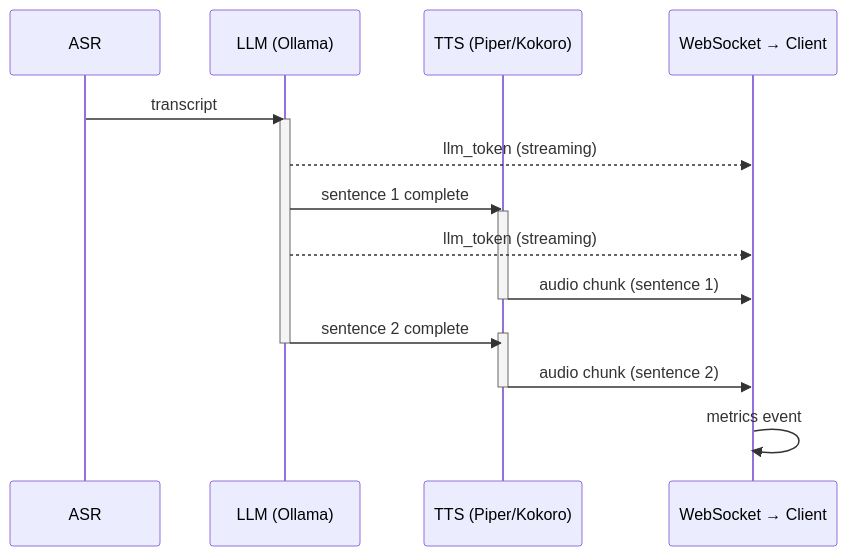
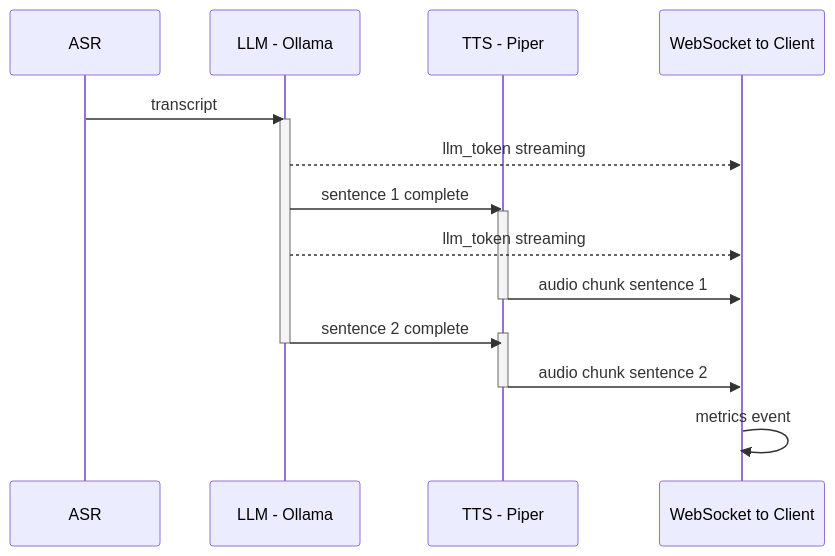
One commit to hubenschmidt/asr-llm-tts changed the third of 4 diagrams in docs/architecture.md. Above: the diagram before and after it, drawn with Mermaid. The commit also changed other lines of this file and 1 other file, not shown here.

````diff
--- a/docs/architecture.md
+++ b/docs/architecture.md
@@ -80,27 +86,27 @@
 ```mermaid
 sequenceDiagram
     participant ASR
-    participant LLM as LLM (Ollama)
-    participant TTS as TTS (Piper/Kokoro)
-    participant WS as WebSocket → Client
+    participant LLM as LLM - Ollama
+    participant TTS as TTS - Piper
+    participant WS as WebSocket to Client
 
     ASR->>LLM: transcript
     activate LLM
 
-    LLM-->>WS: llm_token (streaming)
+    LLM-->>WS: llm_token streaming
     LLM->>TTS: sentence 1 complete
     activate TTS
-    LLM-->>WS: llm_token (streaming)
+    LLM-->>WS: llm_token streaming
 
-    TTS->>WS: audio chunk (sentence 1)
+    TTS->>WS: audio chunk sentence 1
     deactivate TTS
 
     LLM->>TTS: sentence 2 complete
     activate TTS
     deactivate LLM
 
-    TTS->>WS: audio chunk (sentence 2)
+    TTS->>WS: audio chunk sentence 2
     deactivate TTS
 
     WS->>WS: metrics event
 ```
````
